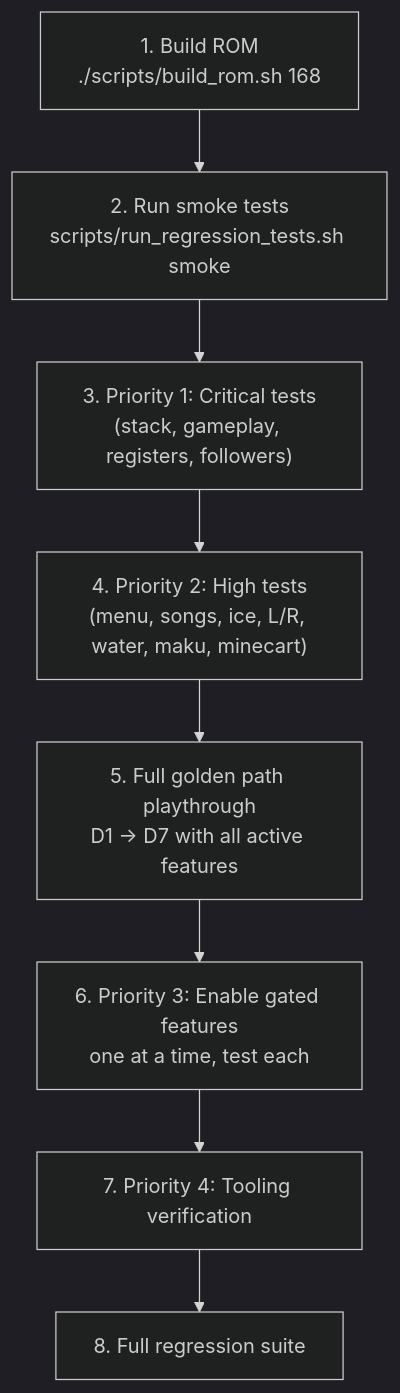
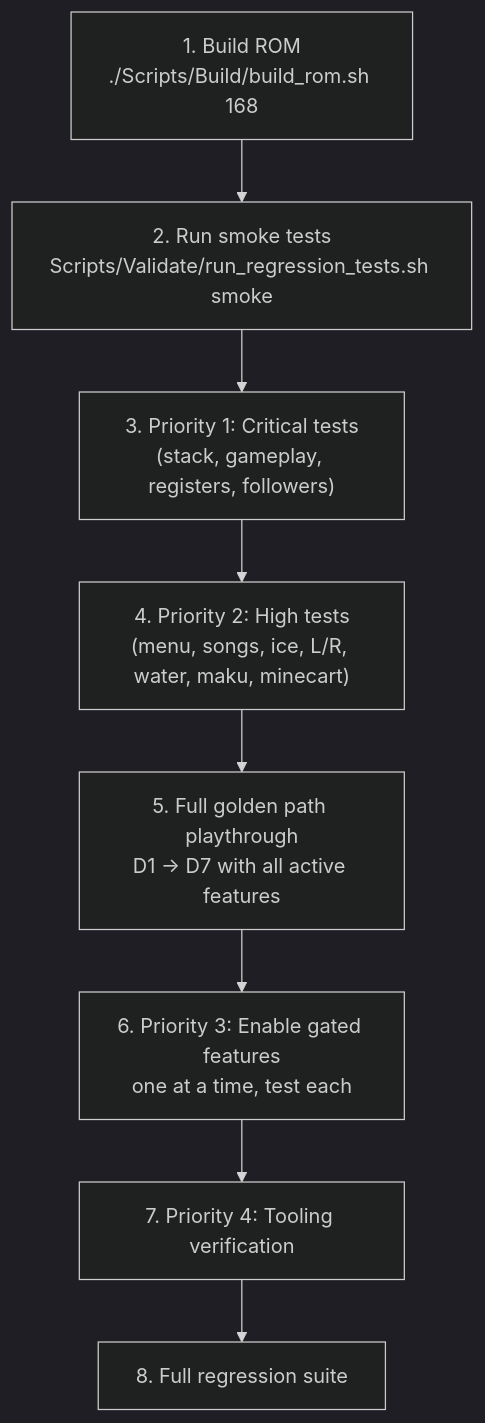
The third of 3 diagrams in Docs/Analysis/07_ai_lineage_regression.md (scawful/Oracle-of-Secrets), drawn with Mermaid (dark theme) before and after one commit. The commit also changed other lines of this file and 201 other files, not shown here.

````diff
--- a/Docs/Analysis/07_ai_lineage_regression.md
+++ b/Docs/Analysis/07_ai_lineage_regression.md
@@ -210,10 +210,10 @@
 ```mermaid
 flowchart TD
-    BUILD["1. Build ROM<br/>./scripts/build_rom.sh 168"] --> SMOKE["2. Run smoke tests<br/>scripts/run_regression_tests.sh smoke"]
+    BUILD["1. Build ROM<br/>./Scripts/Build/build_rom.sh 168"] --> SMOKE["2. Run smoke tests<br/>Scripts/Validate/run_regression_tests.sh smoke"]
     SMOKE --> P1["3. Priority 1: Critical tests<br/>(stack, gameplay, registers, followers)"]
     P1 --> P2["4. Priority 2: High tests<br/>(menu, songs, ice, L/R, water, maku, minecart)"]
     P2 --> GOLDEN["5. Full golden path playthrough<br/>D1 → D7 with all active features"]
     GOLDEN --> P3["6. Priority 3: Enable gated features<br/>one at a time, test each"]
     P3 --> P4["7. Priority 4: Tooling verification"]
     P4 --> FULL["8. Full regression suite"]
 ```
````
